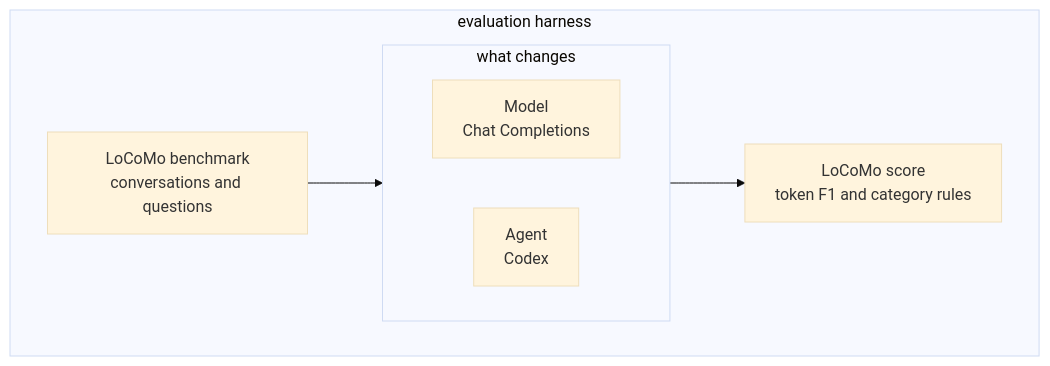
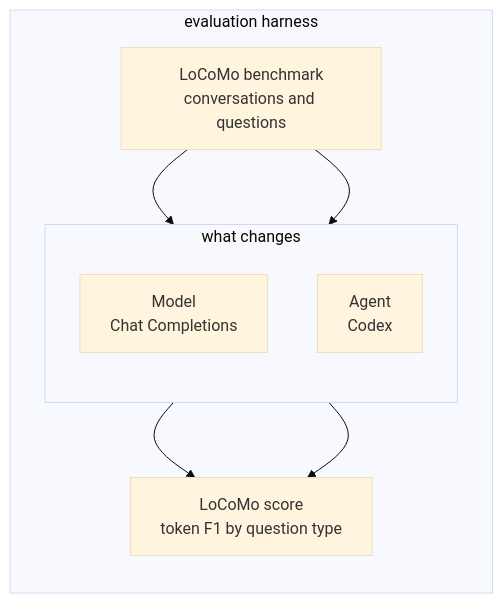
Before and after one commit to park-jsdev/long-term-memory-eval: the diagram in README.md, drawn with Mermaid (base theme). The commit also changed other lines of this file and 80 other files, not shown here.

````diff
--- a/README.md
+++ b/README.md
@@ -7,13 +7,16 @@
 ```mermaid
-flowchart TB
+flowchart LR
   subgraph HARNESS["evaluation harness"]
     LOC["LoCoMo benchmark<br/>conversations and questions"]
     subgraph SYS["what changes"]
-      direction LR
+      direction TB
       MODEL["Model<br/>Chat Completions"]
       AGENT["Agent<br/>Codex"]
     end
-    SCORE["LoCoMo score<br/>token F1 and category rules"]
-    LOC --> SYS --> SCORE
+    SCORE["LoCoMo score<br/>token F1 by question type"]
+    LOC --> MODEL
+    LOC --> AGENT
+    MODEL --> SCORE
+    AGENT --> SCORE
   end
 ```
````
